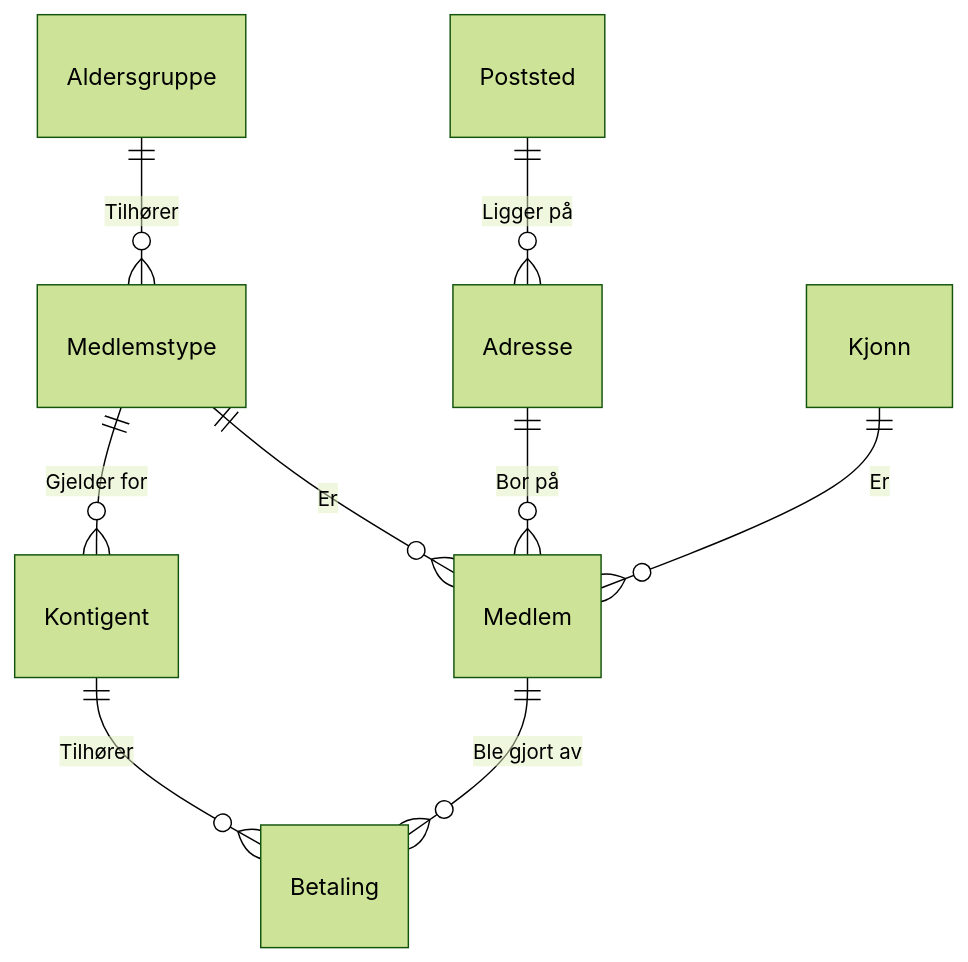
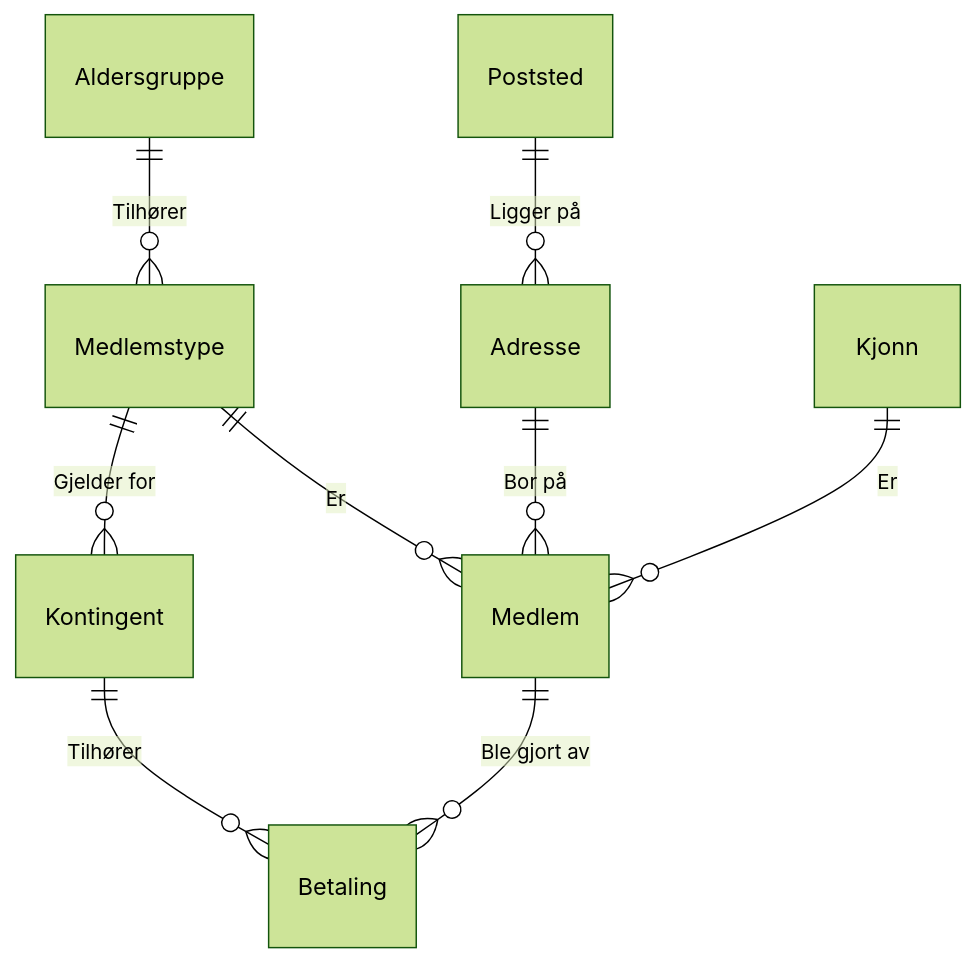
Before and after one commit to Afterstone/jobbintervju_nav: the diagram in diagrams/ER-diagram.md, drawn with Mermaid (forest theme). The commit also changed other lines of this file and 7 other files, not shown here.

````diff
--- a/diagrams/ER-diagram.md
+++ b/diagrams/ER-diagram.md
@@ -1,11 +1,11 @@
 ```mermaid
 erDiagram
     Poststed         ||--o{ Adresse     : "Ligger på"
     Aldersgruppe     ||--o{ Medlemstype : "Tilhører"
-    Medlemstype      ||--o{ Kontigent   : "Gjelder for"
+    Medlemstype      ||--o{ Kontingent   : "Gjelder for"
     Medlemstype      ||--o{ Medlem      : "Er"
     Kjonn            ||--o{ Medlem      : "Er"
     Adresse          ||--o{ Medlem      : "Bor på"
     Medlem           ||--o{ Betaling    : "Ble gjort av"
-    Kontigent        ||--o{ Betaling    : "Tilhører"
+    Kontingent        ||--o{ Betaling    : "Tilhører"
 ```
````
